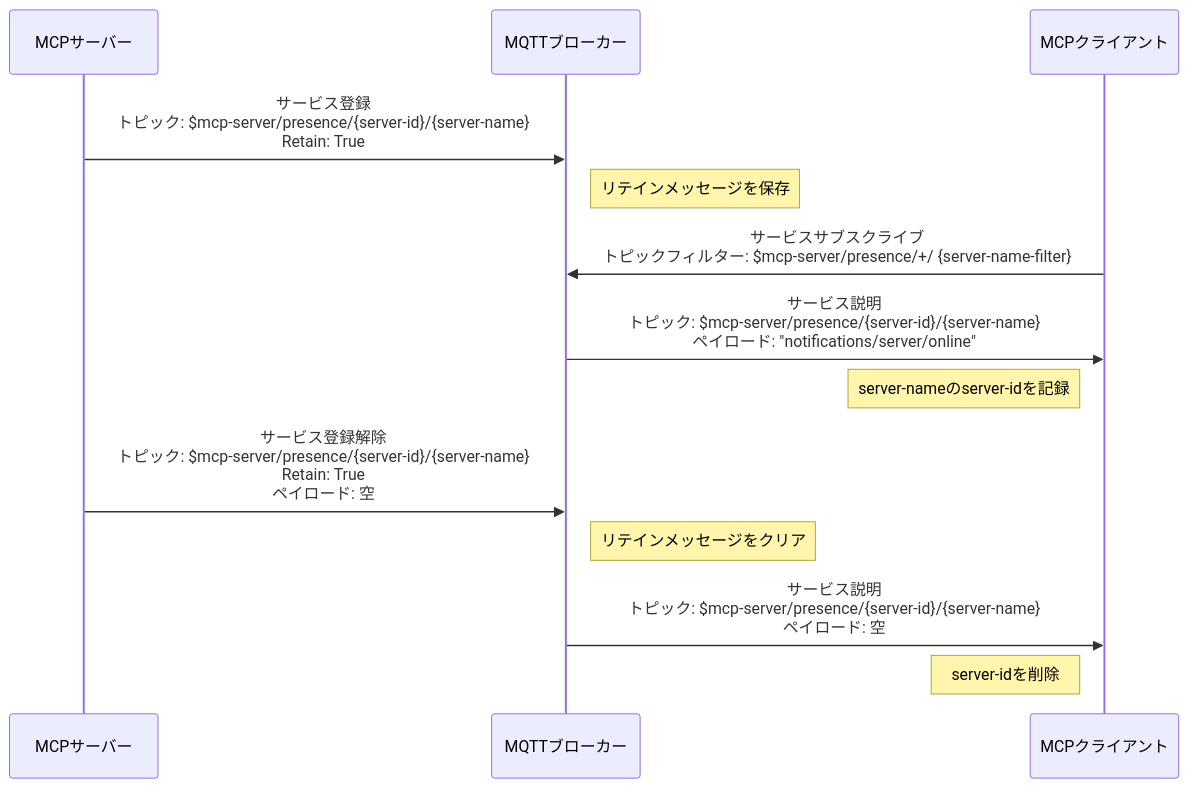
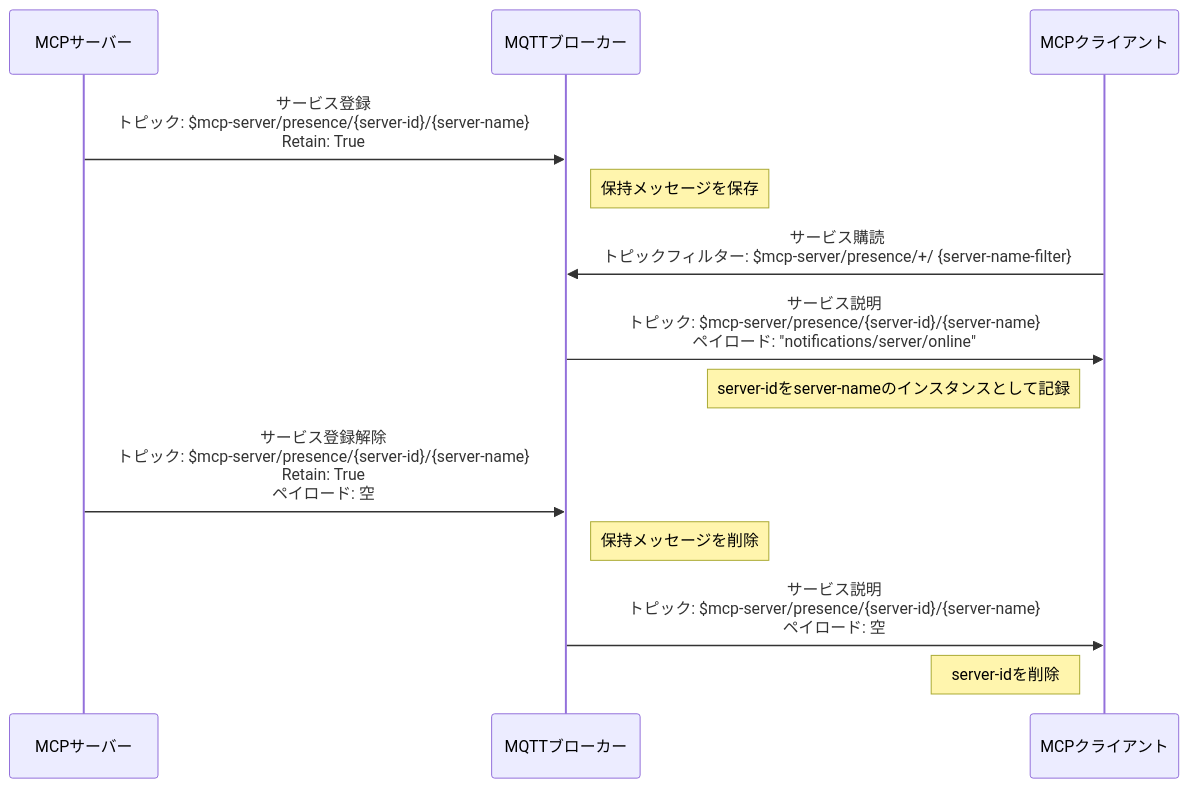
The first of 4 diagrams in ja_JP/develop/emqx-ai/mcp-over-mqtt/specification.md (emqx/emqx-docs), drawn with Mermaid before and after one commit. The commit also changed other lines of this file and 420 other files, not shown here.

````diff
--- a/ja_JP/develop/emqx-ai/mcp-over-mqtt/specification.md
+++ b/ja_JP/develop/emqx-ai/mcp-over-mqtt/specification.md
@@ -208,20 +208,20 @@
 ```mermaid
 sequenceDiagram
     participant MCP_Server as MCPサーバー
     participant MQTT_Broker as MQTTブローカー
     participant MCP_Client as MCPクライアント
 
     MCP_Server ->> MQTT_Broker: サービス登録<br/>トピック: $mcp-server/presence/{server-id}/{server-name}<br/>Retain: True
-    Note right of MQTT_Broker: リテインメッセージを保存
+    Note right of MQTT_Broker: 保持メッセージを保存
 
-    MCP_Client ->> MQTT_Broker: サービスサブスクライブ<br/>トピックフィルター: $mcp-server/presence/+/ {server-name-filter}
+    MCP_Client ->> MQTT_Broker: サービス購読<br/>トピックフィルター: $mcp-server/presence/+/ {server-name-filter}
 
     MQTT_Broker ->> MCP_Client: サービス説明<br/>トピック: $mcp-server/presence/{server-id}/{server-name}<br/>ペイロード: "notifications/server/online"
-    Note left of MCP_Client: server-nameのserver-idを記録
+    Note left of MCP_Client: server-idをserver-nameのインスタンスとして記録
 
     MCP_Server ->> MQTT_Broker: サービス登録解除<br/>トピック: $mcp-server/presence/{server-id}/{server-name}<br/>Retain: True<br/>ペイロード: 空
-    Note right of MQTT_Broker: リテインメッセージをクリア
+    Note right of MQTT_Broker: 保持メッセージを削除
 
     MQTT_Broker ->> MCP_Client: サービス説明<br/>トピック: $mcp-server/presence/{server-id}/{server-name}<br/>ペイロード: 空
     Note left of MCP_Client: server-idを削除
 ```
````
